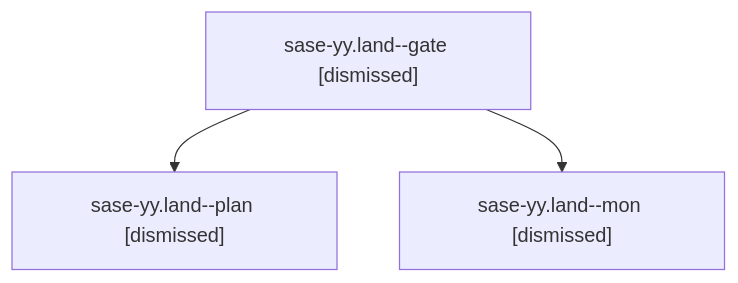
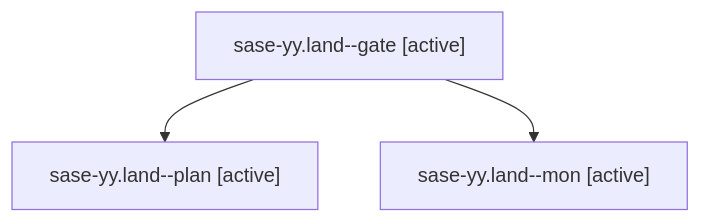
One commit to sase-org/sase--agents changed the diagram in families/bbugyi200.athena.sase-yy.land.md. Above: the diagram before and after it, drawn with Mermaid. The commit also changed other lines of this file and 35830 other files, not shown here.

````diff
--- a/families/bbugyi200.athena.sase-yy.land.md
+++ b/families/bbugyi200.athena.sase-yy.land.md
@@ -9,8 +9,8 @@
 ```mermaid
 flowchart TD
-  n0["sase-yy.land--gate [dismissed]"]
-  n1["sase-yy.land--plan [dismissed]"]
+  n0["sase-yy.land--gate [active]"]
+  n1["sase-yy.land--plan [active]"]
   n0 --> n1
-  n2["sase-yy.land--mon [dismissed]"]
+  n2["sase-yy.land--mon [active]"]
   n0 --> n2
 ```
````
